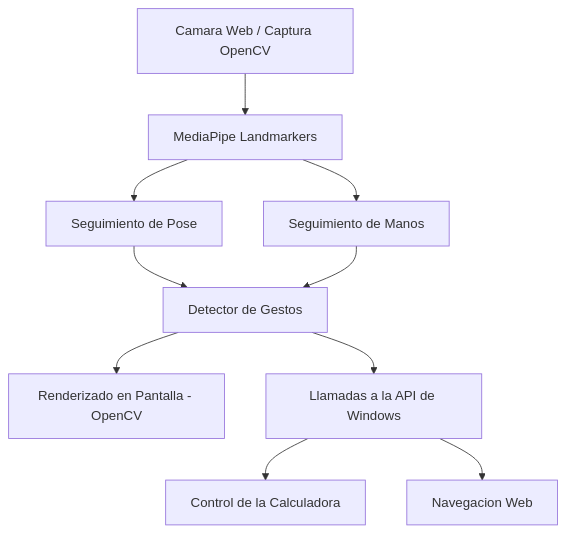
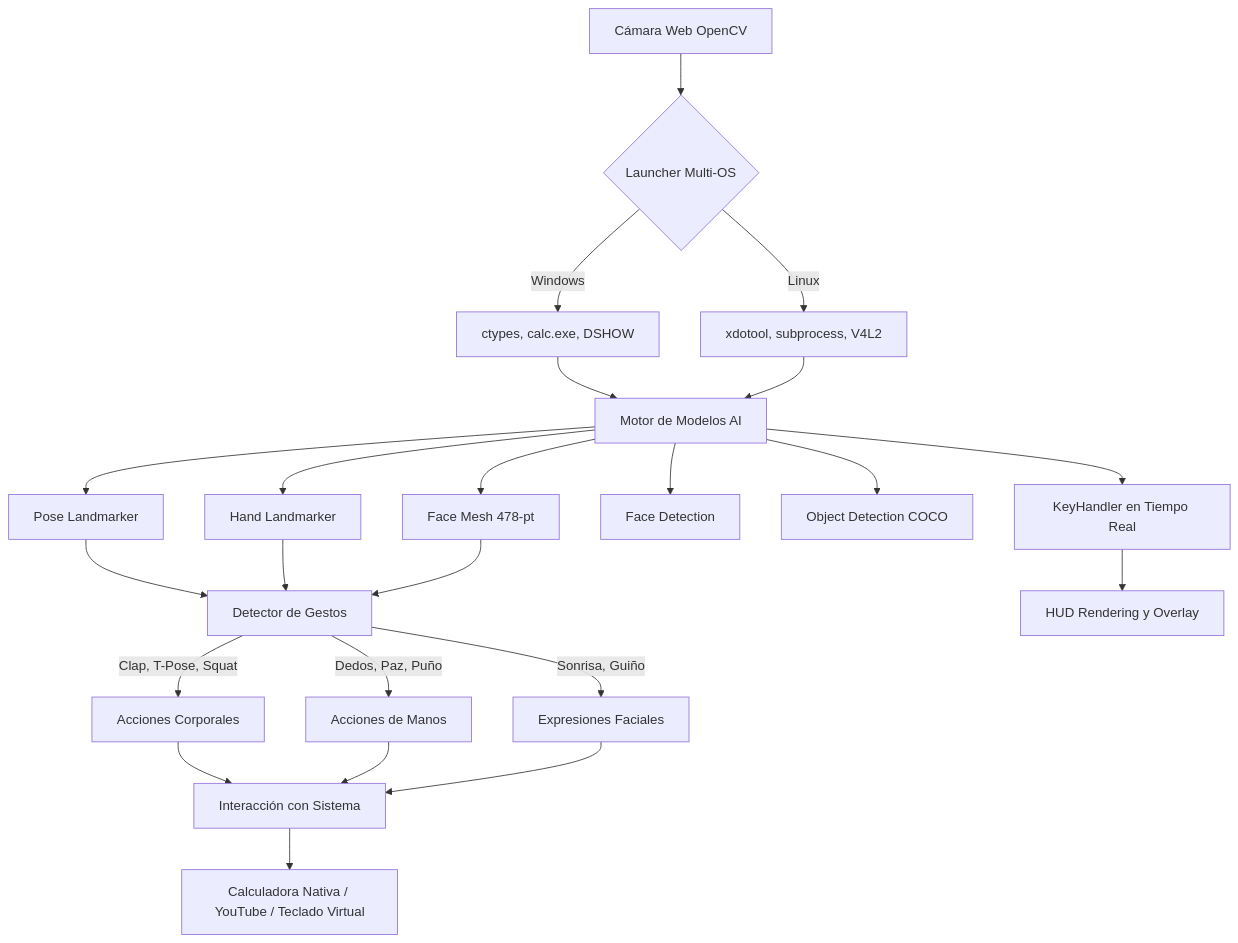
The diagram in README.md (Nostraxiten/LookThePerson), drawn with Mermaid before and after one commit. The commit also changed other lines of this file and 24 other files, not shown here.

````diff
--- a/README.md
+++ b/README.md
@@ -22,14 +41,25 @@
 ```mermaid
 graph TD
-    A[Camara Web / Captura OpenCV] --> B[MediaPipe Landmarkers]
-    B --> C[Seguimiento de Pose]
-    B --> D[Seguimiento de Manos]
+    A[Cámara Web OpenCV] --> B{Launcher Multi-OS}
+    B -->|Windows| C1[ctypes, calc.exe, DSHOW]
+    B -->|Linux| C2[xdotool, subprocess, V4L2]
     
-    C & D --> E[Detector de Gestos]
+    C1 & C2 --> D[Motor de Modelos AI]
     
-    E --> F[Renderizado en Pantalla - OpenCV]
-    E --> G[Llamadas a la API de Windows]
+    D --> E1[Pose Landmarker]
+    D --> E2[Hand Landmarker]
+    D --> E3[Face Mesh 478-pt]
+    D --> E4[Face Detection]
+    D --> E5[Object Detection COCO]
     
-    G --> G1[Control de la Calculadora]
-    G --> G2[Navegacion Web]
+    E1 & E2 & E3 --> F[Detector de Gestos]
+    F -->|Clap, T-Pose, Squat| G1[Acciones Corporales]
+    F -->|Dedos, Paz, Puño| G2[Acciones de Manos]
+    F -->|Sonrisa, Guiño| G3[Expresiones Faciales]
+    
+    G1 & G2 & G3 --> H[Interacción con Sistema]
+    H --> I[Calculadora Nativa / YouTube / Teclado Virtual]
+    
+    D --> J[KeyHandler en Tiempo Real]
+    J --> K[HUD Rendering y Overlay]
 ```
````
